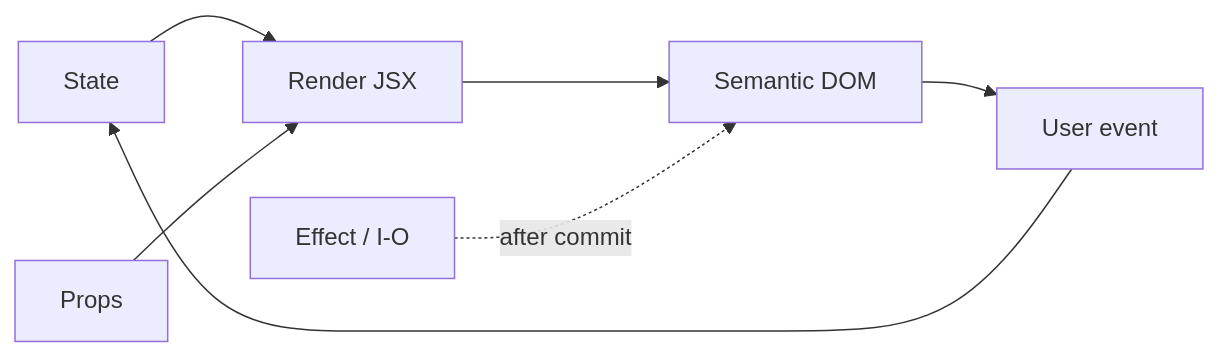
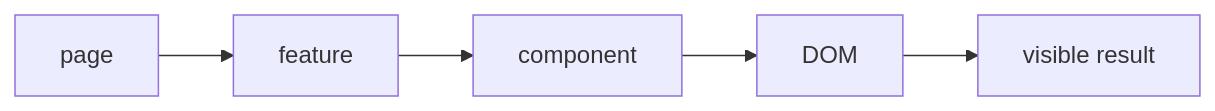
One commit to SobralCybersec/Portifolio changed the fourth of 22 diagrams in docs/react.md. Above: the diagram before and after it, drawn with Mermaid. The commit also changed other lines of this file and 142 other files, not shown here.

````diff
--- a/docs/react.md
+++ b/docs/react.md
@@ -47,9 +210,7 @@
 ```mermaid
 flowchart LR
-    STATE[State] --> RENDER[Render JSX]
-    PROPS[Props] --> RENDER
-    RENDER --> DOM[Semantic DOM]
-    DOM --> EVENT[User event]
-    EVENT --> STATE
-    EFFECT[Effect / I-O] -. after commit .-> DOM
+    A[page] --> B[feature]
+    B --> C[component]
+    C --> D[DOM]
+    D --> E[visible result]
 ```
````
